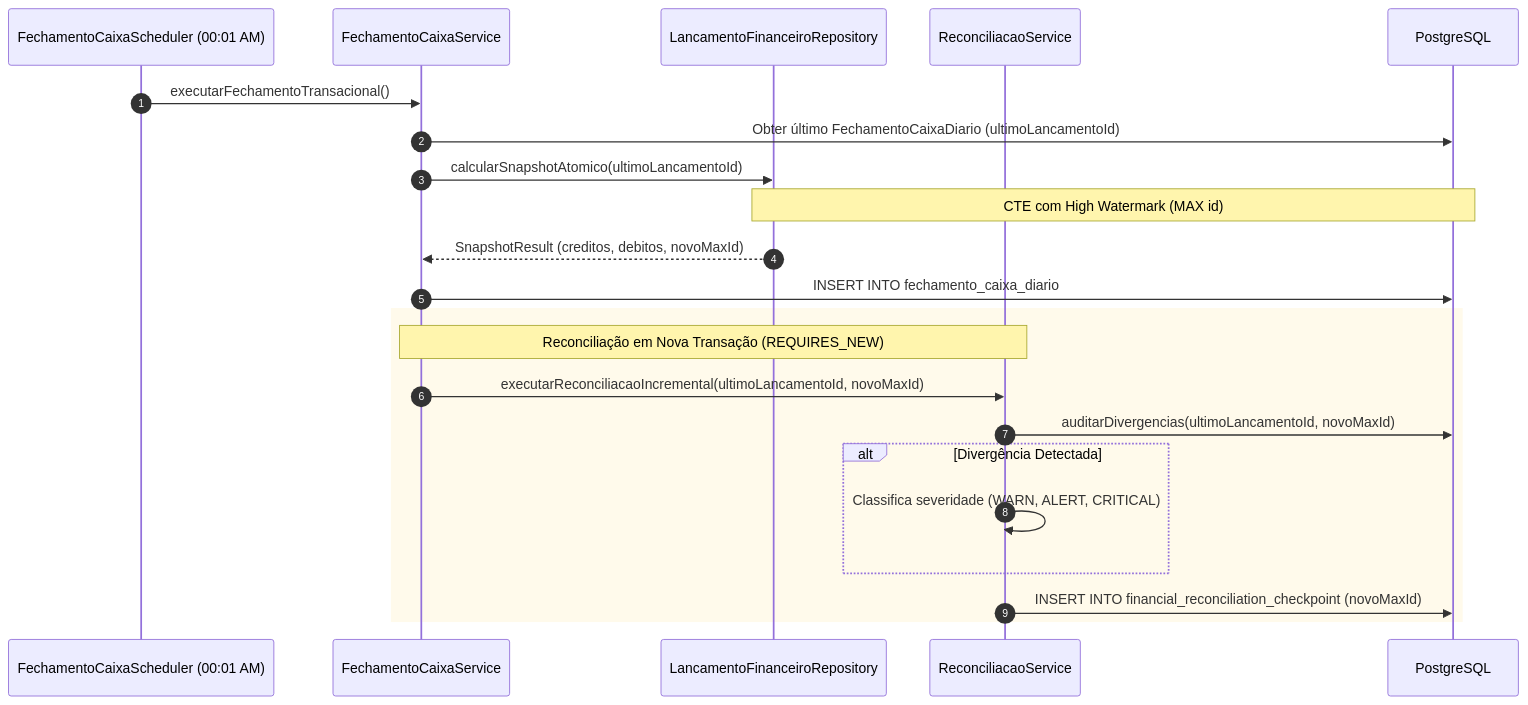
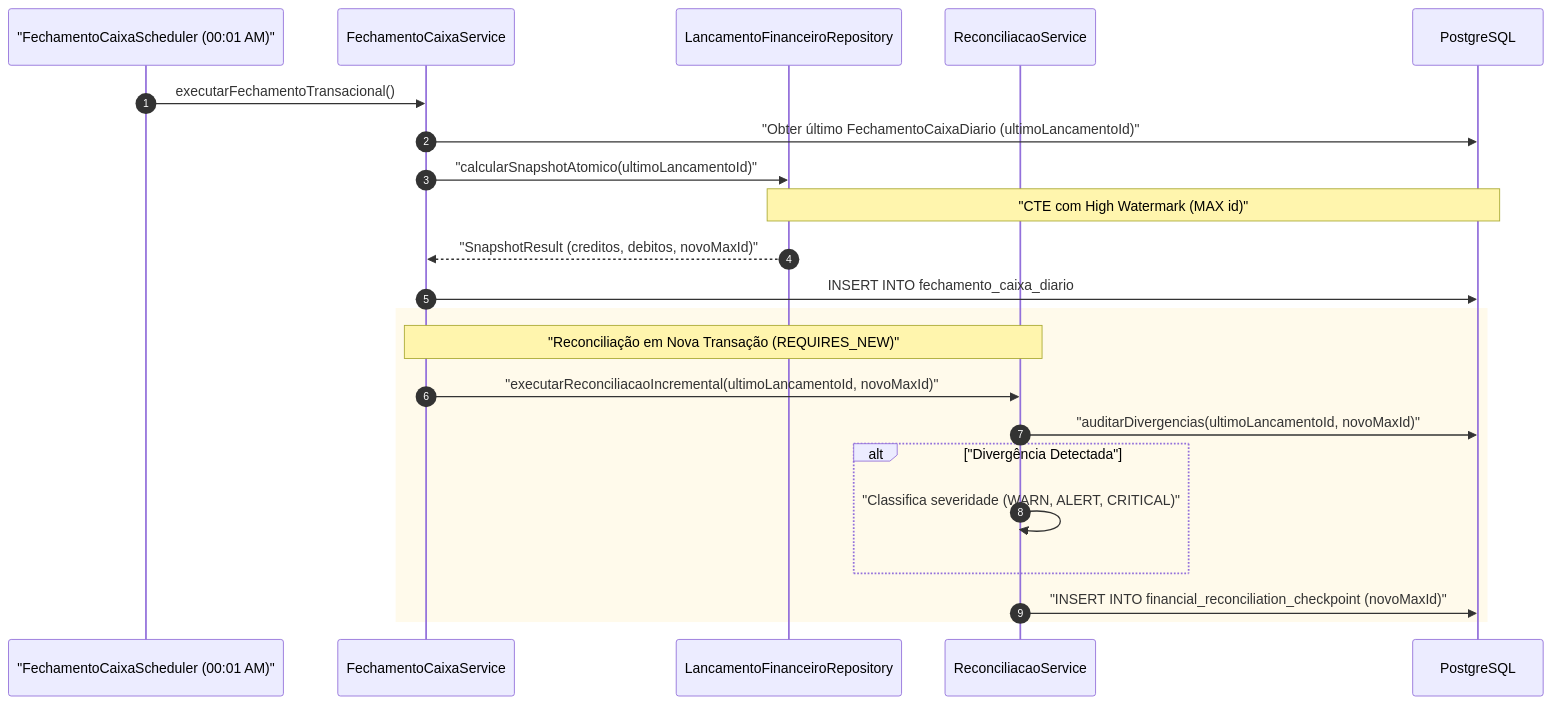
One commit to iXDGabrielTK/petshop-microservices changed the third of 4 diagrams in docs/domains/finance.md. Above: the diagram before and after it, drawn with Mermaid. The commit also changed other lines of this file and 59 other files, not shown here.

````diff
--- a/docs/domains/finance.md
+++ b/docs/domains/finance.md
@@ -61,27 +95,27 @@
 ```mermaid
 sequenceDiagram
     autonumber
-    participant Scheduler as FechamentoCaixaScheduler (00:01 AM)
+    participant Scheduler as "FechamentoCaixaScheduler (00:01 AM)"
     participant FechamentoService as FechamentoCaixaService
     participant LedgerRepo as LancamentoFinanceiroRepository
     participant ReconService as ReconciliacaoService
     participant DB as PostgreSQL
 
     Scheduler->>FechamentoService: executarFechamentoTransacional()
-    FechamentoService->>DB: Obter último FechamentoCaixaDiario (ultimoLancamentoId)
-    FechamentoService->>LedgerRepo: calcularSnapshotAtomico(ultimoLancamentoId)
-    Note over LedgerRepo,DB: CTE com High Watermark (MAX id)
-    LedgerRepo-->>FechamentoService: SnapshotResult (creditos, debitos, novoMaxId)
-    
+    FechamentoService->>DB: "Obter último FechamentoCaixaDiario (ultimoLancamentoId)"
+    FechamentoService->>LedgerRepo: "calcularSnapshotAtomico(ultimoLancamentoId)"
+    Note over LedgerRepo,DB: "CTE com High Watermark (MAX id)"
+    LedgerRepo-->>FechamentoService: "SnapshotResult (creditos, debitos, novoMaxId)"
+
     FechamentoService->>DB: INSERT INTO fechamento_caixa_diario
-    
+
     rect rgb(255, 250, 235)
-        Note over FechamentoService,ReconService: Reconciliação em Nova Transação (REQUIRES_NEW)
-        FechamentoService->>ReconService: executarReconciliacaoIncremental(ultimoLancamentoId, novoMaxId)
-        ReconService->>DB: auditarDivergencias(ultimoLancamentoId, novoMaxId)
-        alt Divergência Detectada
-            ReconService->>ReconService: Classifica severidade (WARN, ALERT, CRITICAL)
+        Note over FechamentoService,ReconService: "Reconciliação em Nova Transação (REQUIRES_NEW)"
+        FechamentoService->>ReconService: "executarReconciliacaoIncremental(ultimoLancamentoId, novoMaxId)"
+        ReconService->>DB: "auditarDivergencias(ultimoLancamentoId, novoMaxId)"
+        alt "Divergência Detectada"
+            ReconService->>ReconService: "Classifica severidade (WARN, ALERT, CRITICAL)"
         end
-        ReconService->>DB: INSERT INTO financial_reconciliation_checkpoint (novoMaxId)
+        ReconService->>DB: "INSERT INTO financial_reconciliation_checkpoint (novoMaxId)"
     end
 ```
````
